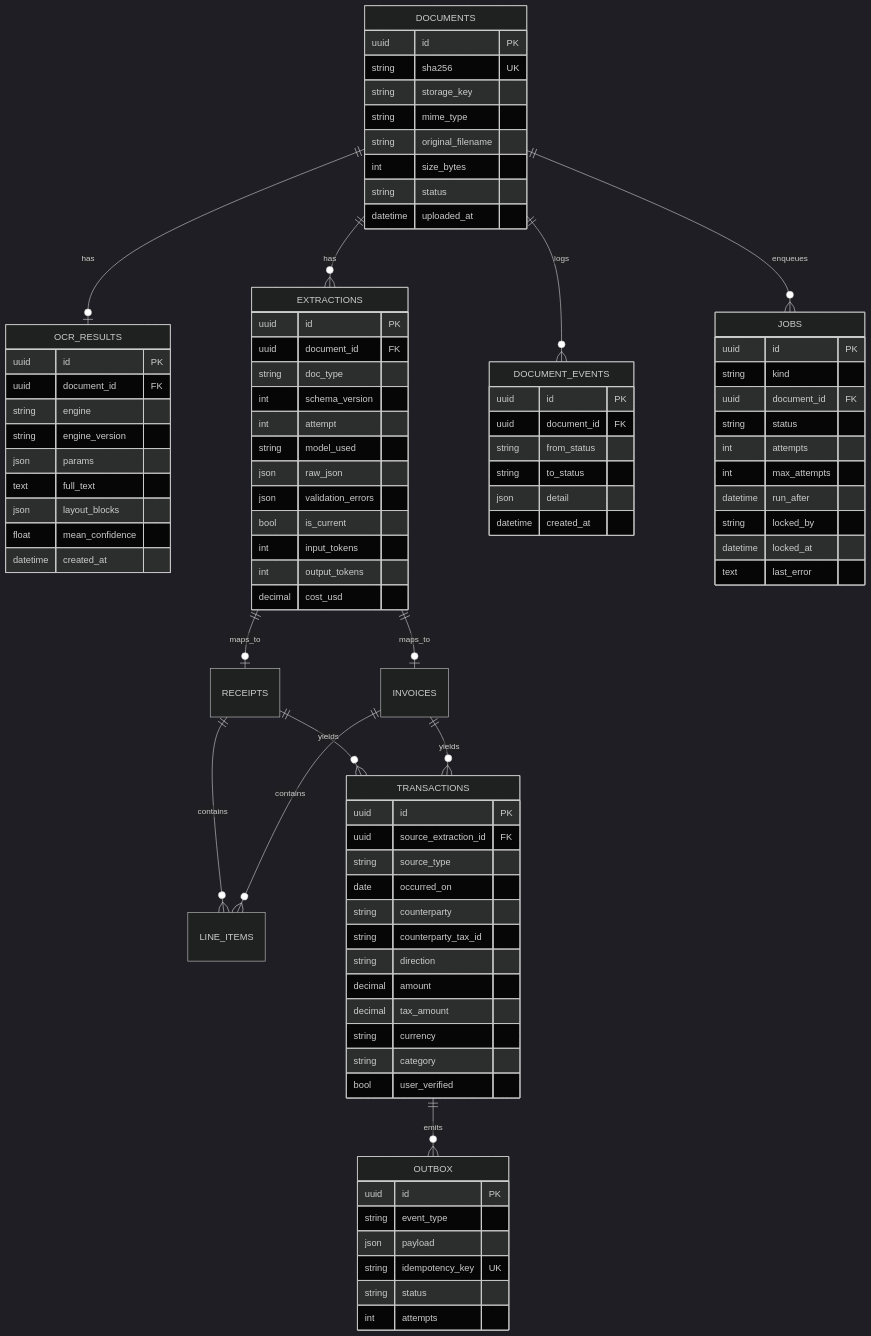
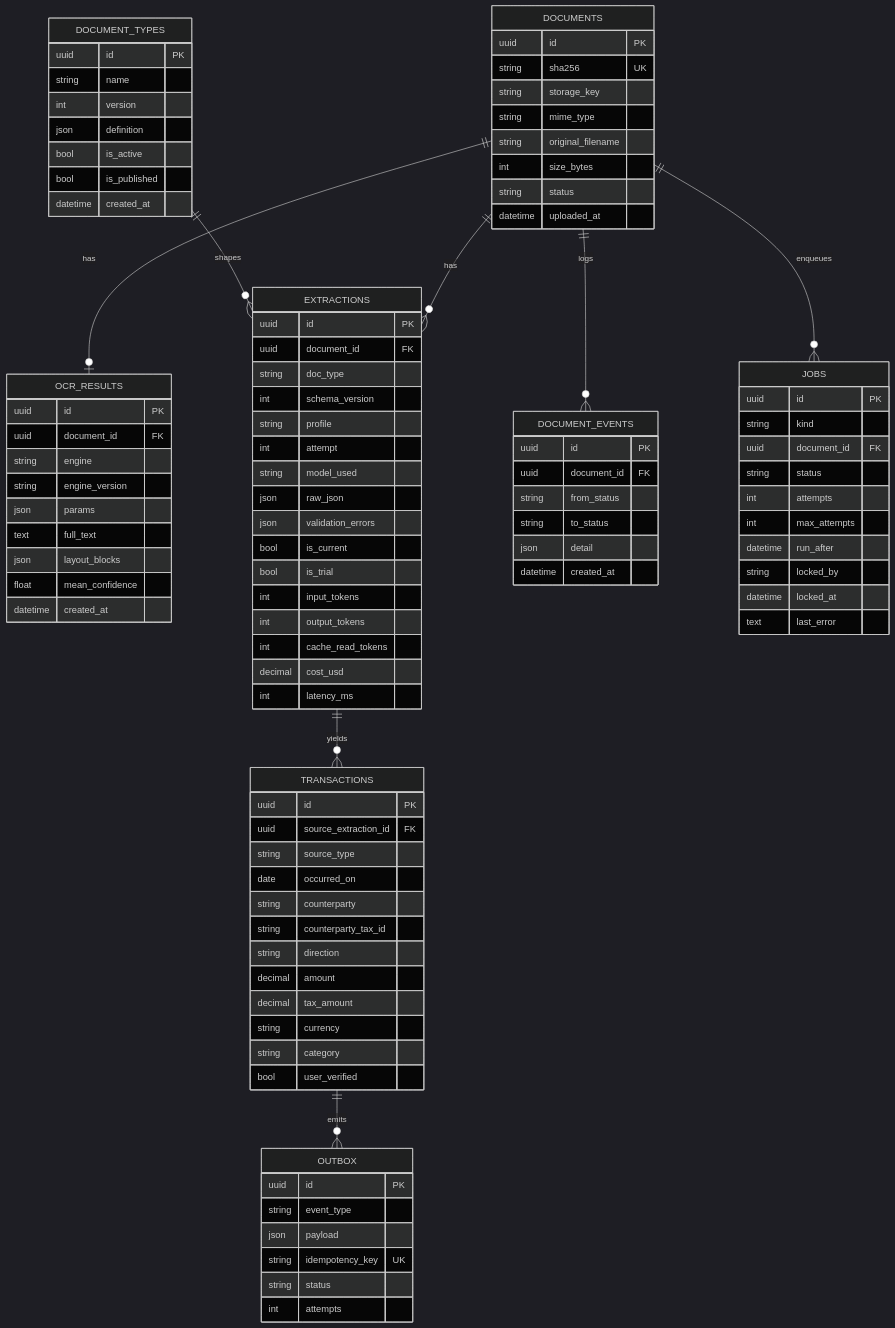
The third of 3 diagrams in README.md (cgsellers/assistant), drawn with Mermaid (dark theme) before and after one commit. The commit also changed other lines of this file and 1 other file, not shown here.

First line of the commit message:
Document types as data: update the README and decision record

```diff
--- a/README.md
+++ b/README.md
@@ -118,12 +119,8 @@
     DOCUMENTS ||--o{ EXTRACTIONS : has
     DOCUMENTS ||--o{ DOCUMENT_EVENTS : logs
     DOCUMENTS ||--o{ JOBS : enqueues
-    EXTRACTIONS ||--o| RECEIPTS : maps_to
-    EXTRACTIONS ||--o| INVOICES : maps_to
-    RECEIPTS ||--o{ LINE_ITEMS : contains
-    INVOICES ||--o{ LINE_ITEMS : contains
-    RECEIPTS ||--o{ TRANSACTIONS : yields
-    INVOICES ||--o{ TRANSACTIONS : yields
+    DOCUMENT_TYPES ||--o{ EXTRACTIONS : shapes
+    EXTRACTIONS ||--o{ TRANSACTIONS : yields
     TRANSACTIONS ||--o{ OUTBOX : emits
 
     DOCUMENTS {
@@ -167,19 +164,32 @@
         datetime locked_at
         text last_error
     }
+    DOCUMENT_TYPES {
+        uuid id PK
+        string name
+        int version
+        json definition
+        bool is_active
+        bool is_published
+        datetime created_at
+    }
     EXTRACTIONS {
         uuid id PK
         uuid document_id FK
         string doc_type
         int schema_version
+        string profile
         int attempt
         string model_used
         json raw_json
         json validation_errors
         bool is_current
+        bool is_trial
         int input_tokens
         int output_tokens
+        int cache_read_tokens
         decimal cost_usd
+        int latency_ms
     }
     TRANSACTIONS {
         uuid id PK
```
